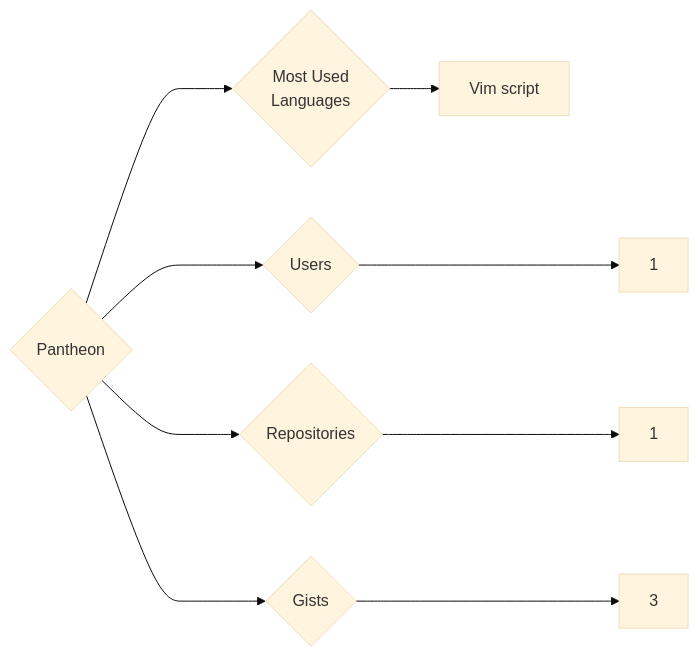
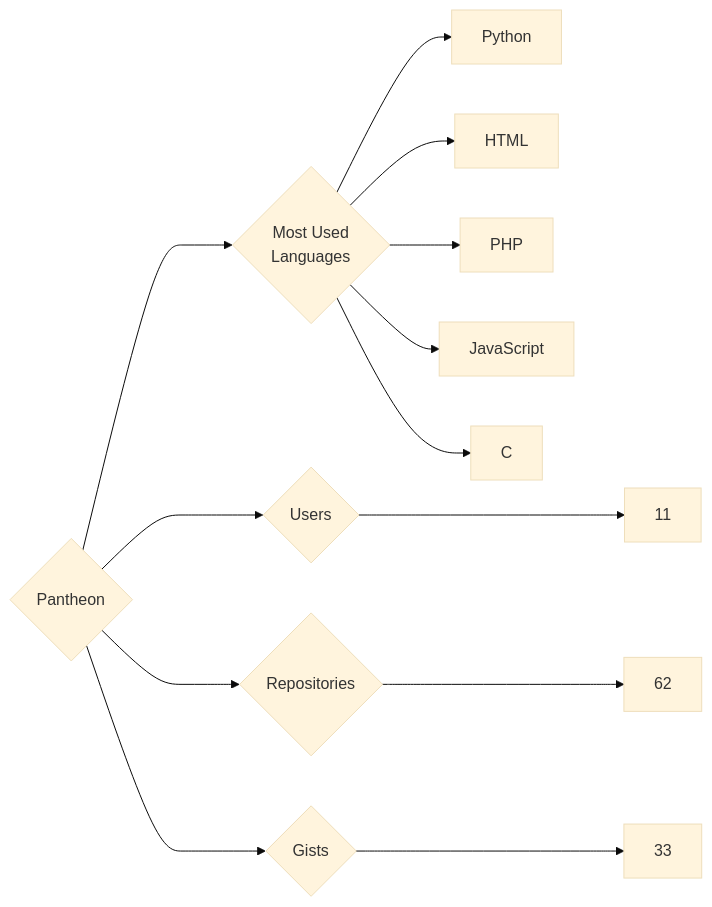
One commit to trickest/insiders changed the diagram in targets/Pantheon/README.md. Above: the diagram before and after it, drawn with Mermaid (base theme). The commit also changed 928 other files, not shown here.

````diff
--- a/targets/Pantheon/README.md
+++ b/targets/Pantheon/README.md
@@ -3,9 +3,13 @@
 ```mermaid
 graph LR
 COMPANY_NAME{Pantheon}
-COMPANY_NAME ---> U{Users} ---> UN[1]
-COMPANY_NAME ---> R{Repositories} ---> RN[1]
-COMPANY_NAME ---> G{Gists} ---> GN[3]
+COMPANY_NAME ---> U{Users} ---> UN[11]
+COMPANY_NAME ---> R{Repositories} ---> RN[62]
+COMPANY_NAME ---> G{Gists} ---> GN[33]
 COMPANY_NAME ---> ML{Most Used<br>Languages}
-ML --> Vim_script[Vim script]
+ML --> Python[Python]
+ML --> HTML[HTML]
+ML --> PHP[PHP]
+ML --> JavaScript[JavaScript]
+ML --> C[C]
 ```
````
